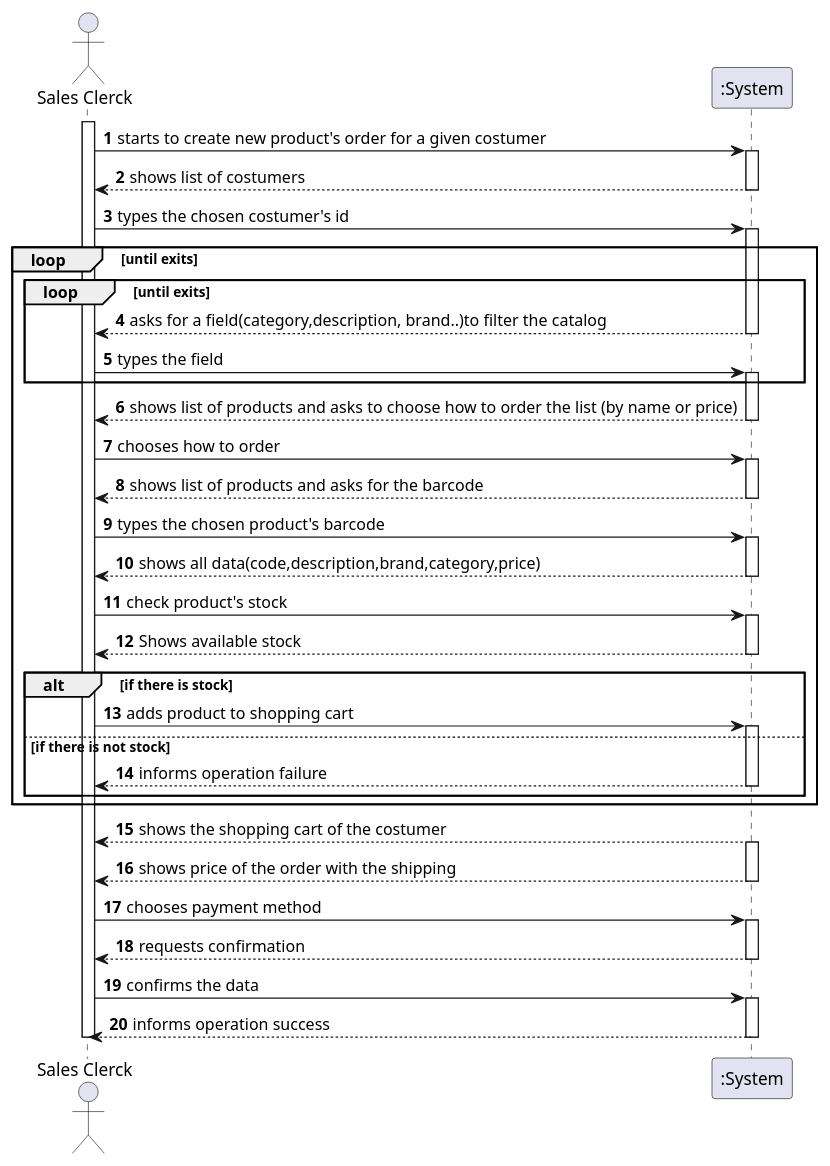
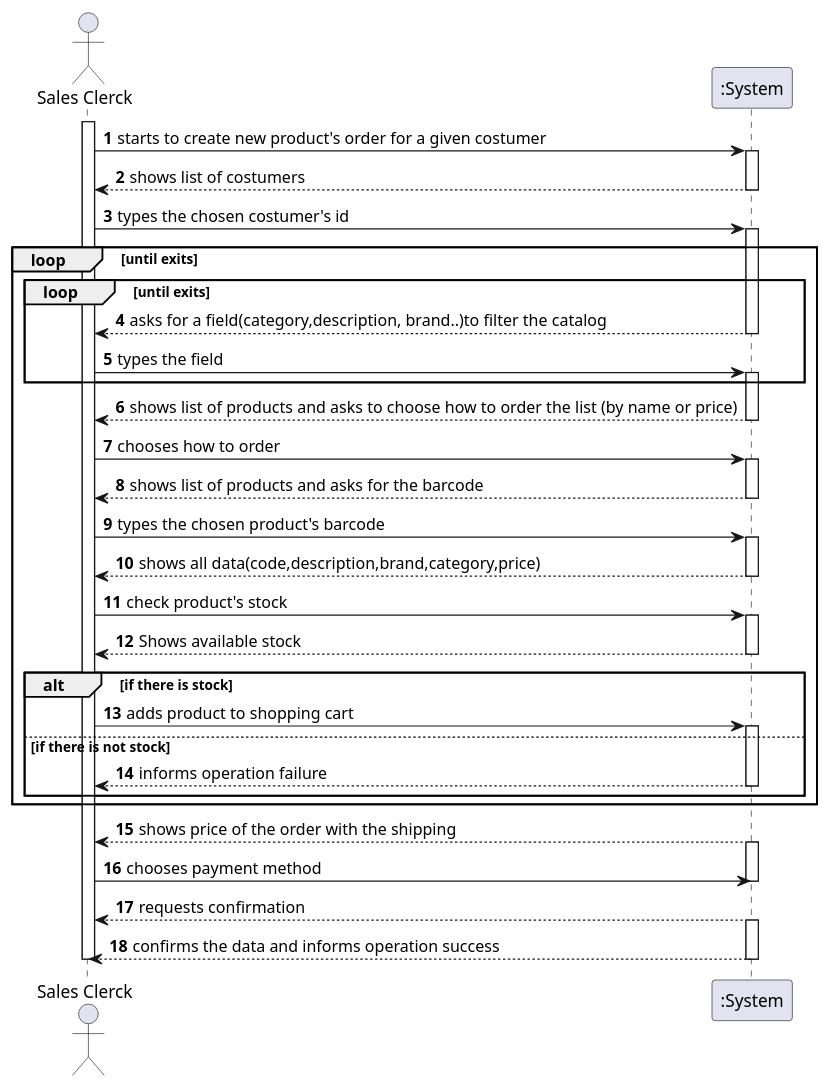
The diagram in docs/Sprint2/US1004/US1004_SSD.puml (marttuga/LAPR4-SmartSystems), drawn with PlantUML before and after one commit. The commit also changed 5 other files, not shown here.

```diff
--- a/docs/Sprint2/US1004/US1004_SSD.puml
+++ b/docs/Sprint2/US1004/US1004_SSD.puml
@@ -1,73 +1,70 @@
 @startuml
 autonumber
 actor "Sales Clerck" as SC
 
 activate SC
 SC -> ":System" : starts to create new product's order for a given costumer
 activate ":System"
 
 ":System" --> SC : shows list of costumers
 deactivate ":System"
 
 SC -> ":System" : types the chosen costumer's id
 activate ":System"
 loop until exits
 loop until exits
 ":System" --> SC : asks for a field(category,description, brand..)to filter the catalog
 deactivate ":System"
 
 SC -> ":System" : types the field
 activate ":System"
 
 end loop
 ":System" --> SC : shows list of products and asks to choose how to order the list (by name or price)
 deactivate ":System"
 
 SC -> ":System" : chooses how to order
 activate ":System"
 
 ":System" --> SC : shows list of products and asks for the barcode
 deactivate ":System"
 
 SC -> ":System" : types the chosen product's barcode
 activate ":System"
 
 ":System" --> SC :shows all data(code,description,brand,category,price)
 deactivate ":System"
 
 SC -> ":System" : check product's stock
 activate ":System"
 ":System" --> SC : Shows available stock
 deactivate ":System"
 
 alt if there is stock
 SC -> ":System" : adds product to shopping cart
 activate ":System"
 else if there is not stock
 
 ":System" --> SC : informs operation failure
 deactivate ":System"
 end
 
 end loop
 
-":System" --> SC : shows the shopping cart of the costumer
+
+
+":System" --> SC : shows price of the order with the shipping
 activate ":System"
 
-":System" --> SC : shows price of the order with the shipping
-deactivate ":System"
+SC -> ":System" : chooses payment method
 deactivate ":System"
 
-SC -> ":System" : chooses payment method
+":System" --> SC : requests confirmation
+
 activate ":System"
 
-":System" --> SC : requests confirmation
-deactivate ":System"
-SC -> ":System" : confirms the data
-
-activate ":System"
-":System" --> SC : informs operation success
+":System" --> SC :confirms the data and informs operation success
 deactivate ":System"
 deactivate SC
 
 @enduml
```
